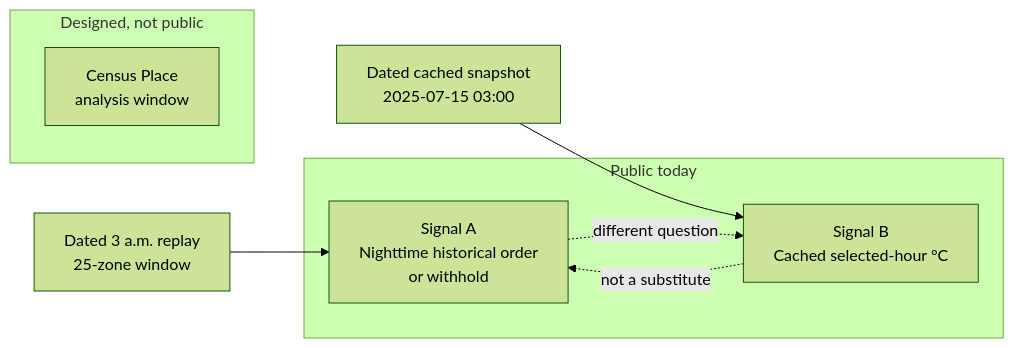
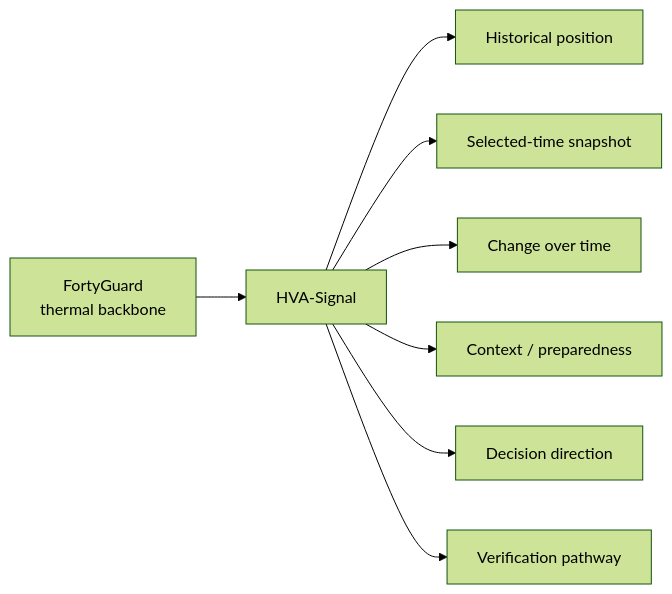
The first of 4 diagrams in README.md (kamilkkakar/hva-signal), drawn with Mermaid (forest theme) before and after one commit. The commit also changed other lines of this file, not shown here.

````diff
--- a/README.md
+++ b/README.md
@@ -52,14 +55,12 @@
 ```mermaid
 flowchart LR
-  subgraph public ["Public today"]
-    A["Signal A<br/>Nighttime historical order<br/>or withhold"]
-    B["Signal B<br/>Cached selected-hour °C"]
-  end
-  subgraph unpublished ["Designed, not public"]
-    N["Census Place<br/>analysis window"]
-  end
-  Q["Dated 3 a.m. replay<br/>25-zone window"] --> A
-  C["Dated cached snapshot<br/>2025-07-15 03:00"] --> B
-  A -.->|"different question"| B
-  B -.->|"not a substitute"| A
+  FG["FortyGuard<br/>thermal backbone"]
+  HVA["HVA-Signal"]
+  FG --> HVA
+  HVA --> A["Historical position"]
+  HVA --> B["Selected-time snapshot"]
+  HVA --> C["Change over time"]
+  HVA --> D["Context / preparedness"]
+  HVA --> E["Decision direction"]
+  HVA --> F["Verification pathway"]
 ```
````
